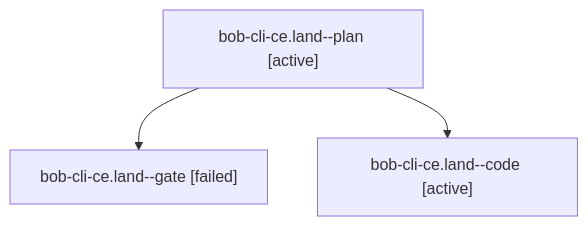
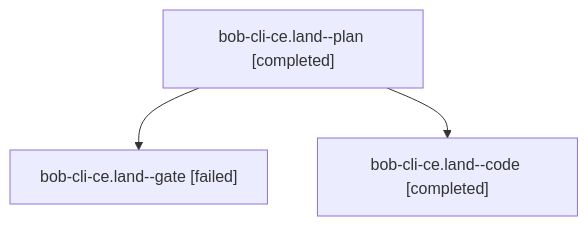
Before and after one commit to bobs-org/bob-cli--agents: the diagram in sessions/bbugyi200.athena.bob-cli-ce.land.md, drawn with Mermaid. The commit also changed other lines of this file and 26 other files, not shown here.

````diff
--- a/sessions/bbugyi200.athena.bob-cli-ce.land.md
+++ b/sessions/bbugyi200.athena.bob-cli-ce.land.md
@@ -9,8 +9,8 @@
 ```mermaid
 flowchart TD
-  n0["bob-cli-ce.land--plan [active]"]
+  n0["bob-cli-ce.land--plan [completed]"]
   n1["bob-cli-ce.land--gate [failed]"]
   n0 --> n1
-  n2["bob-cli-ce.land--code [active]"]
+  n2["bob-cli-ce.land--code [completed]"]
   n0 --> n2
 ```
````
